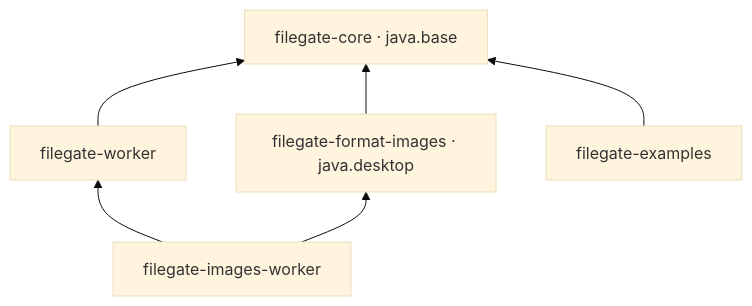
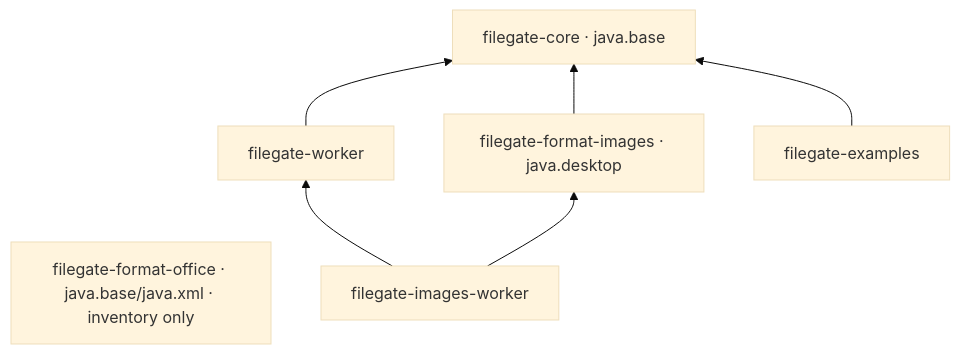
Before and after one commit to alby-raju/filegate: the diagram in docs/architecture.md, drawn with Mermaid (base theme). The commit also changed other lines of this file and 12 other files, not shown here.

Commit message:
feat(office): add bounded shared OOXML ZIP and XML inventory

````diff
--- a/docs/architecture.md
+++ b/docs/architecture.md
@@ -10,8 +10,9 @@
 ```mermaid
 flowchart BT
     Worker["filegate-worker"] --> Core["filegate-core · java.base"]
     Images["filegate-format-images · java.desktop"] --> Core
+    Office["filegate-format-office · java.base/java.xml · inventory only"]
     ImageWorker["filegate-images-worker"] --> Worker
     ImageWorker --> Images
     Examples["filegate-examples"] --> Core
 ```
````
